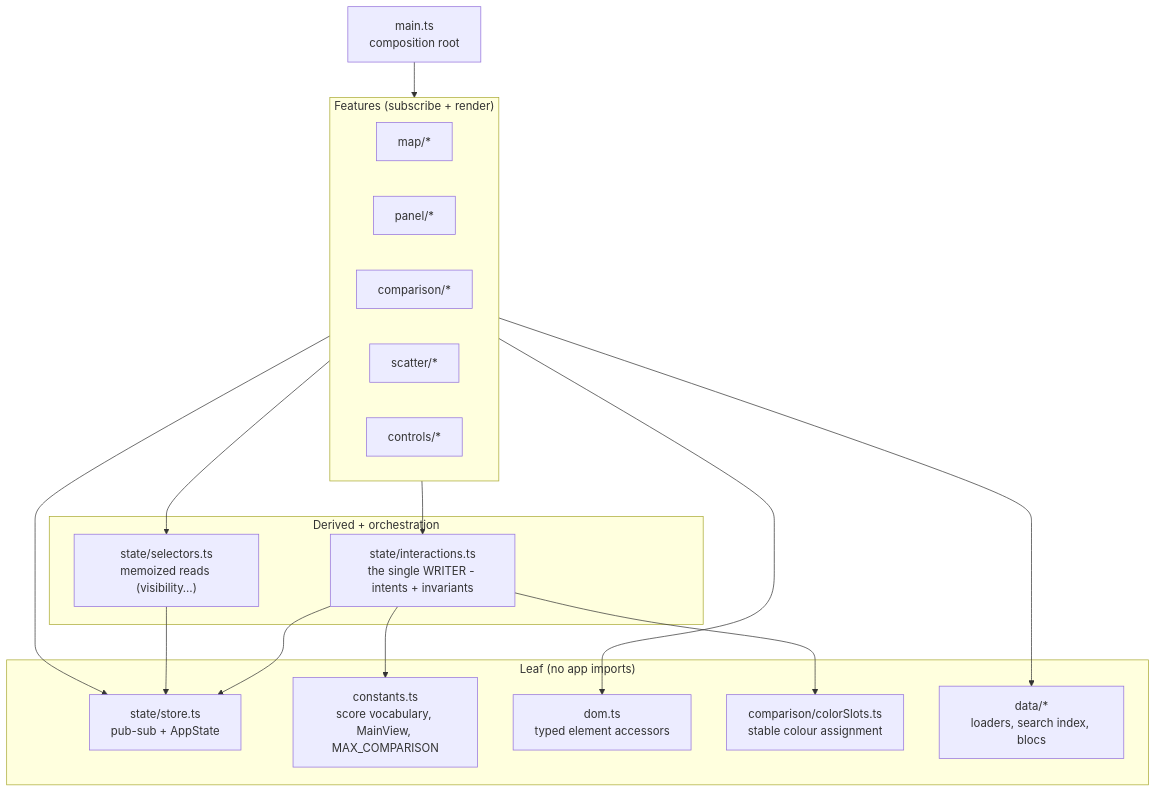
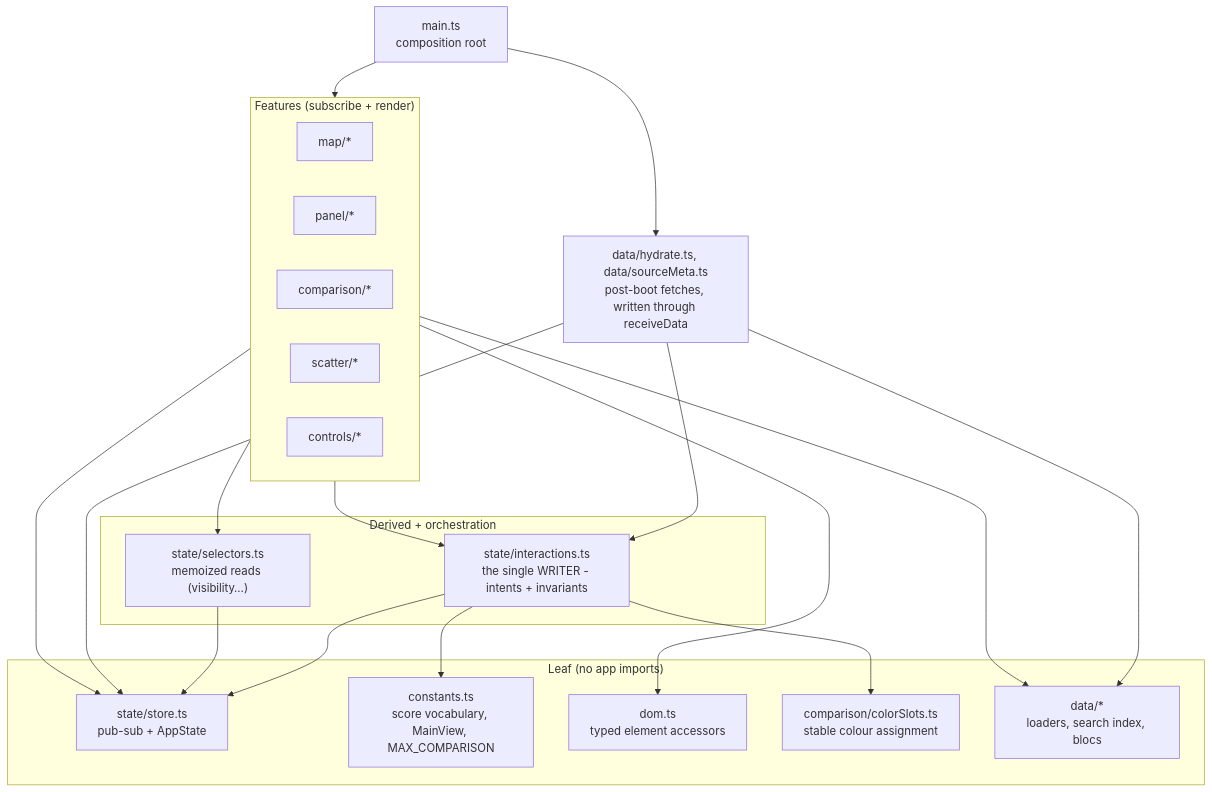
The first of 2 diagrams in src/ARCHITECTURE.md (riadeane/airegulationmap), drawn with Mermaid before and after one commit. The commit also changed other lines of this file and 2 other files, not shown here.

Commit message:
docs: state writes go through intents; e2e build env; two stale references
- CLAUDE.md said modules write state via setState(patch); since #150
  only src/state/ does, and everything else goes through an intent
  (tests/singleWriter.test.js enforces it).
- src/ARCHITECTURE.md drew all of data/* as leaves, but hydrate.ts and
  sourceMeta.ts now write through receiveData; the diagram shows them
  beside the features.
- CLAUDE.md's `npm run test:e2e` line did not say the build needs CI's
  dummy Supabase values (three specs fail without them) or that CI=1
  starts a fresh preview instead of reusing whatever serves port 4173.
- A comment in src/constants.ts named SUBSCORE_ANCHORS; the export is
  STYLE_ANCHORS.

Claude-Session: https://claude.ai/code/session_01HD4jS5PGyc1Qq5PoTpf8Y4

````diff
--- a/src/ARCHITECTURE.md
+++ b/src/ARCHITECTURE.md
@@ -20,36 +20,42 @@
 ```mermaid
 flowchart TD
   subgraph Leaf["Leaf (no app imports)"]
     store["state/store.ts<br/>pub-sub + AppState"]
     constants["constants.ts<br/>score vocabulary, MainView, MAX_COMPARISON"]
     dom["dom.ts<br/>typed element accessors"]
     colorSlots["comparison/colorSlots.ts<br/>stable colour assignment"]
     dataLayer["data/*<br/>loaders, search index, blocs"]
   end
+
+  hydrateLayer["data/hydrate.ts, data/sourceMeta.ts<br/>post-boot fetches, written through receiveData"]
 
   subgraph Derive["Derived + orchestration"]
     selectors["state/selectors.ts<br/>memoized reads (visibility…)"]
     interactions["state/interactions.ts<br/>the single WRITER - intents + invariants"]
   end
 
   subgraph Features["Features (subscribe + render)"]
     map["map/*"]
     panel["panel/*"]
     comparison["comparison/*"]
     scatter["scatter/*"]
     controls["controls/*"]
   end
 
   root["main.ts<br/>composition root"]
 
   interactions --> store
   interactions --> constants
   interactions --> colorSlots
   selectors --> store
   Features --> interactions
   Features --> selectors
   Features --> store
   Features --> dom
   Features --> dataLayer
+  hydrateLayer --> interactions
+  hydrateLayer --> store
+  hydrateLayer --> dataLayer
   root --> Features
+  root --> hydrateLayer
 ```
````
